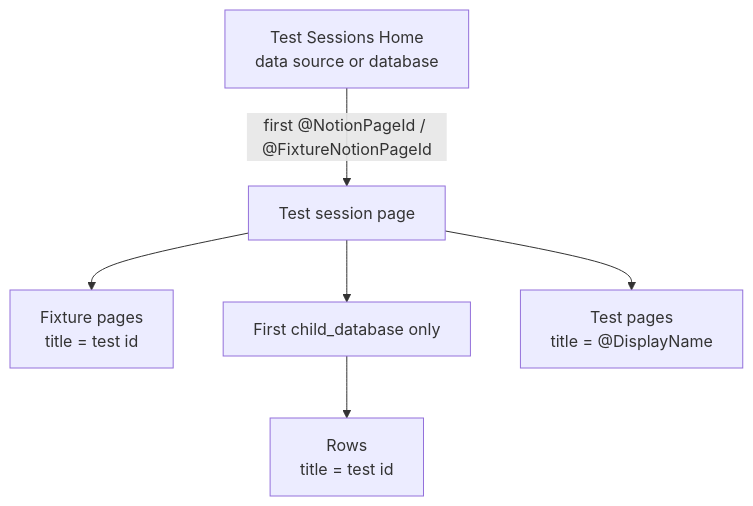
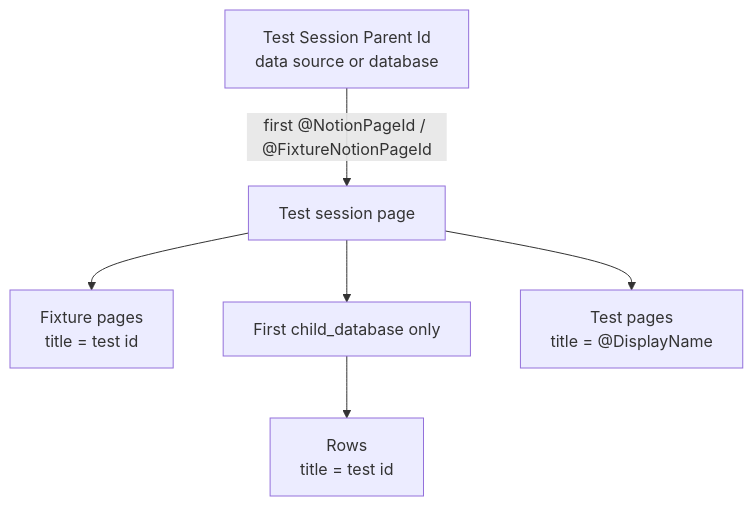
Before and after one commit to kristaxlab/notion-sdk: the second of 4 diagrams in docs/internals/testkit.md, drawn with Mermaid. The commit also changed other lines of this file and 20 other files, not shown here.

````diff
--- a/docs/internals/testkit.md
+++ b/docs/internals/testkit.md
@@ -100,15 +100,15 @@
 ```mermaid
 flowchart TB
-  P["Test Sessions Home<br/>data source or database"]
+  P["Test Session Parent Id<br/>data source or database"]
   TSP["Test session page"]
   CP["Fixture pages<br/>title = test id"]
   DB["First child_database only"]
   ROW["Rows<br/>title = test id"]
   TP["Test pages<br/>title = @DisplayName"]
 
   P -->|"first @NotionPageId / @FixtureNotionPageId"| TSP
   TSP --> TP
   TSP --> CP
   TSP --> DB
   DB --> ROW
 ```
````
